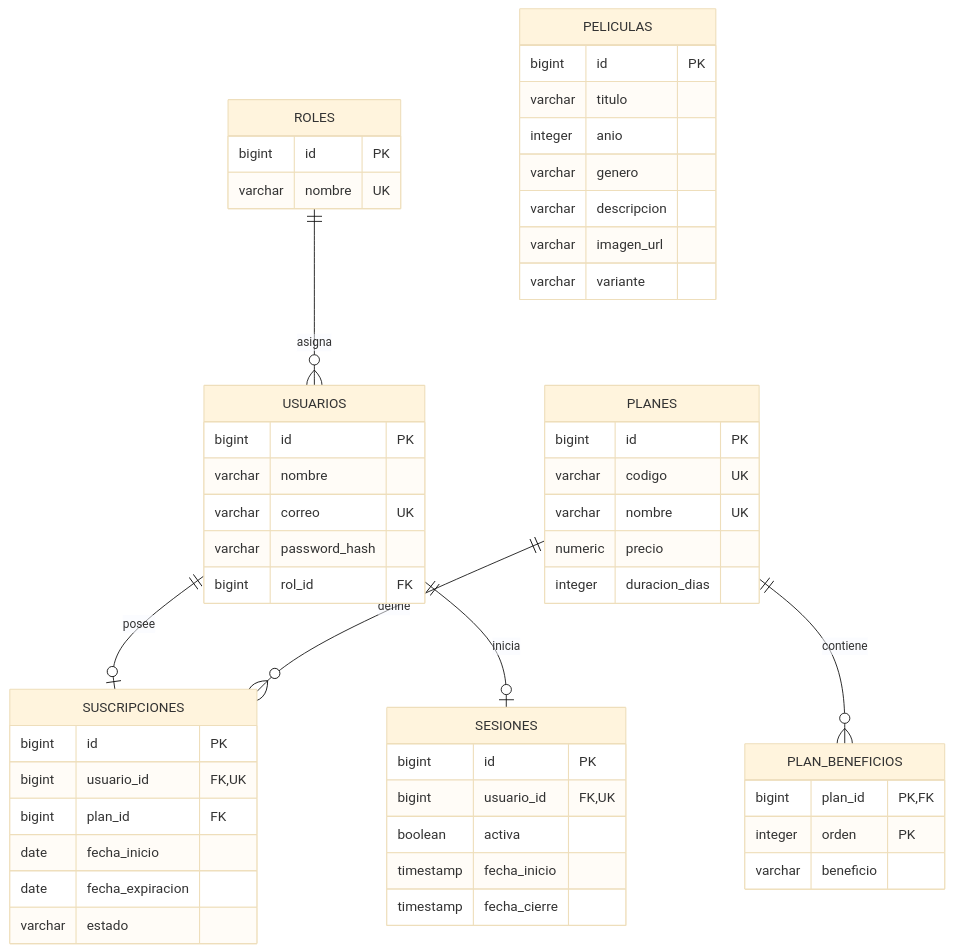
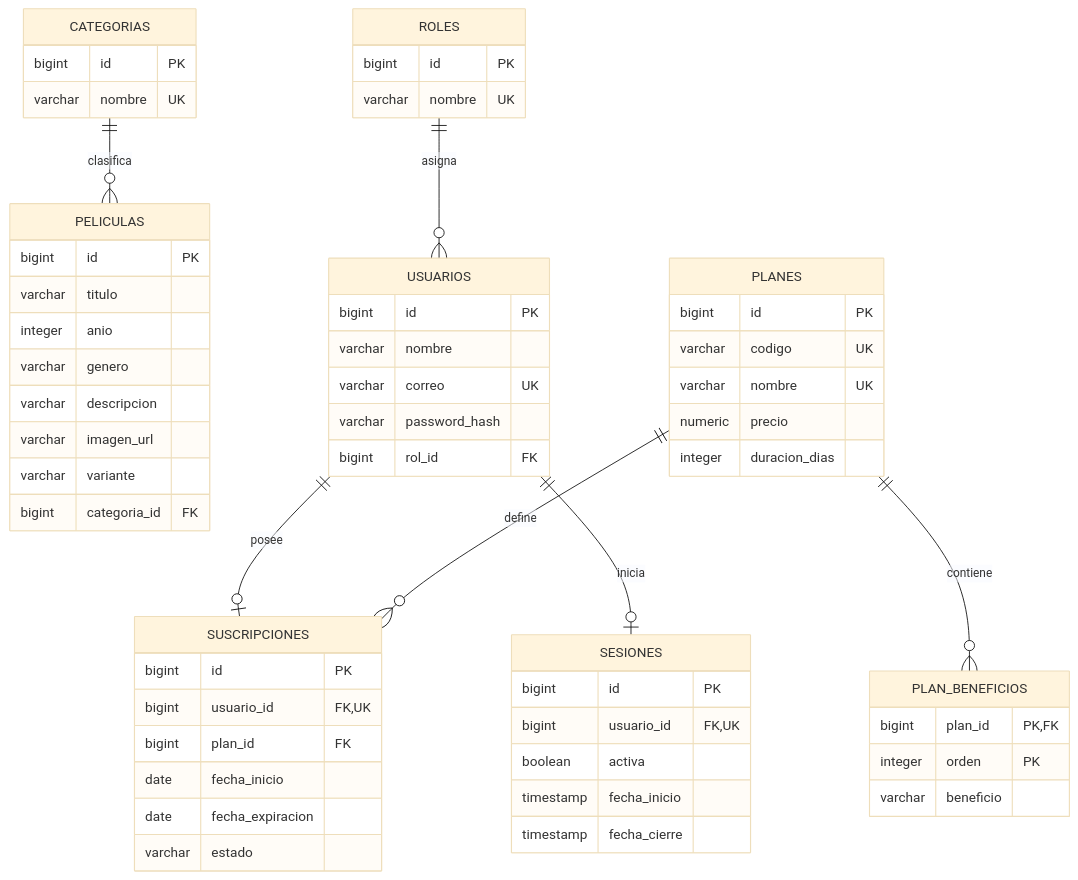
One commit to brigitterodriguezp/movs-app changed the second of 3 diagrams in README.md. Above: the diagram before and after it, drawn with Mermaid (base theme). The commit also changed other lines of this file and 6 other files, not shown here.

````diff
--- a/README.md
+++ b/README.md
@@ -228,62 +422,69 @@
 ```mermaid
 erDiagram
+  CATEGORIAS ||--o{ PELICULAS : clasifica
   ROLES ||--o{ USUARIOS : asigna
   USUARIOS ||--o| SUSCRIPCIONES : posee
   PLANES ||--o{ SUSCRIPCIONES : define
   PLANES ||--o{ PLAN_BENEFICIOS : contiene
   USUARIOS ||--o| SESIONES : inicia
+
+  CATEGORIAS {
+    bigint id PK
+    varchar nombre UK
+  }
 
   ROLES {
     bigint id PK
     varchar nombre UK
   }
 
   USUARIOS {
     bigint id PK
     varchar nombre
     varchar correo UK
     varchar password_hash
     bigint rol_id FK
   }
 
   PLANES {
     bigint id PK
     varchar codigo UK
     varchar nombre UK
     numeric precio
     integer duracion_dias
   }
 
   PLAN_BENEFICIOS {
     bigint plan_id PK, FK
     integer orden PK
     varchar beneficio
   }
 
   SUSCRIPCIONES {
     bigint id PK
     bigint usuario_id FK, UK
     bigint plan_id FK
     date fecha_inicio
     date fecha_expiracion
     varchar estado
   }
 
   PELICULAS {
     bigint id PK
     varchar titulo
     integer anio
     varchar genero
     varchar descripcion
     varchar imagen_url
     varchar variante
+    bigint categoria_id FK
   }
 
   SESIONES {
     bigint id PK
     bigint usuario_id FK, UK
     boolean activa
     timestamp fecha_inicio
     timestamp fecha_cierre
   }
 ```
````
